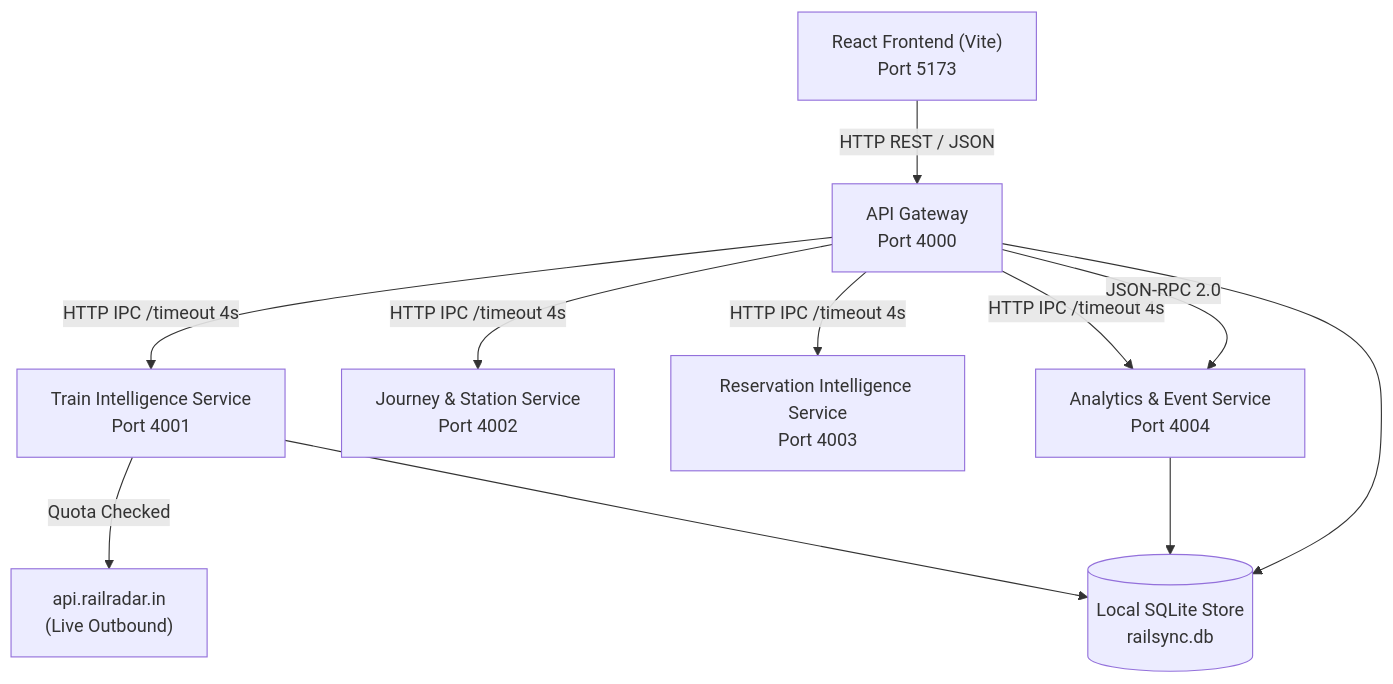
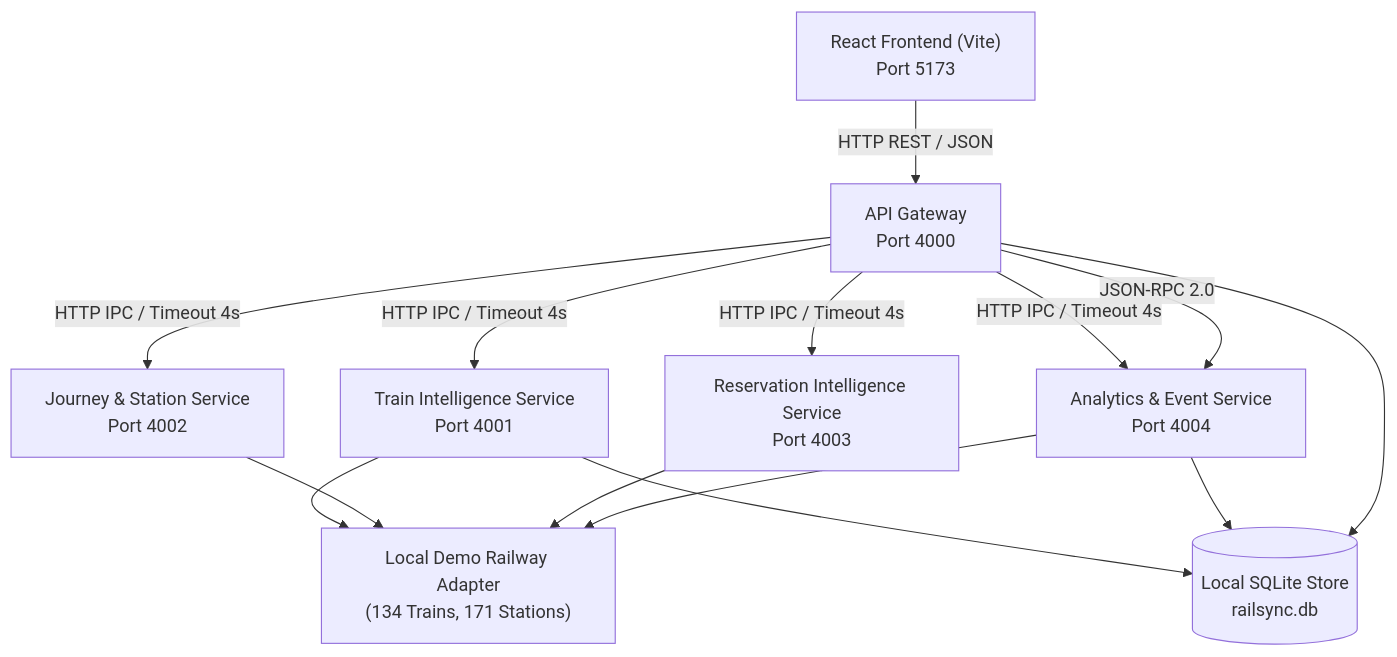
The diagram in README.md (ishanrt119/dcs_mini_project), drawn with Mermaid before and after one commit. The commit also changed other lines of this file and 52 other files, not shown here.

````diff
--- a/README.md
+++ b/README.md
@@ -20,15 +22,19 @@
 ```mermaid
 graph TD
     Client["React Frontend (Vite)<br/>Port 5173"] -->|HTTP REST / JSON| Gateway["API Gateway<br/>Port 4000"]
     
-    Gateway -->|HTTP IPC /timeout 4s| TrainService["Train Intelligence Service<br/>Port 4001"]
-    Gateway -->|HTTP IPC /timeout 4s| JourneyService["Journey & Station Service<br/>Port 4002"]
-    Gateway -->|HTTP IPC /timeout 4s| ReserveService["Reservation Intelligence Service<br/>Port 4003"]
-    Gateway -->|HTTP IPC /timeout 4s| AnalyticsService["Analytics & Event Service<br/>Port 4004"]
+    Gateway -->|HTTP IPC / Timeout 4s| TrainService["Train Intelligence Service<br/>Port 4001"]
+    Gateway -->|HTTP IPC / Timeout 4s| JourneyService["Journey & Station Service<br/>Port 4002"]
+    Gateway -->|HTTP IPC / Timeout 4s| ReserveService["Reservation Intelligence Service<br/>Port 4003"]
+    Gateway -->|HTTP IPC / Timeout 4s| AnalyticsService["Analytics & Event Service<br/>Port 4004"]
     Gateway -->|JSON-RPC 2.0| AnalyticsService
 
-    TrainService -->|Quota Checked| Provider["api.railradar.in<br/>(Live Outbound)"]
+    TrainService --> LocalAdapter["Local Demo Railway Adapter<br/>(134 Trains, 171 Stations)"]
+    JourneyService --> LocalAdapter
+    ReserveService --> LocalAdapter
+    AnalyticsService --> LocalAdapter
+
     TrainService --> LocalStore[("Local SQLite Store<br/>railsync.db")]
     AnalyticsService --> LocalStore
     Gateway --> LocalStore
 ```
````
